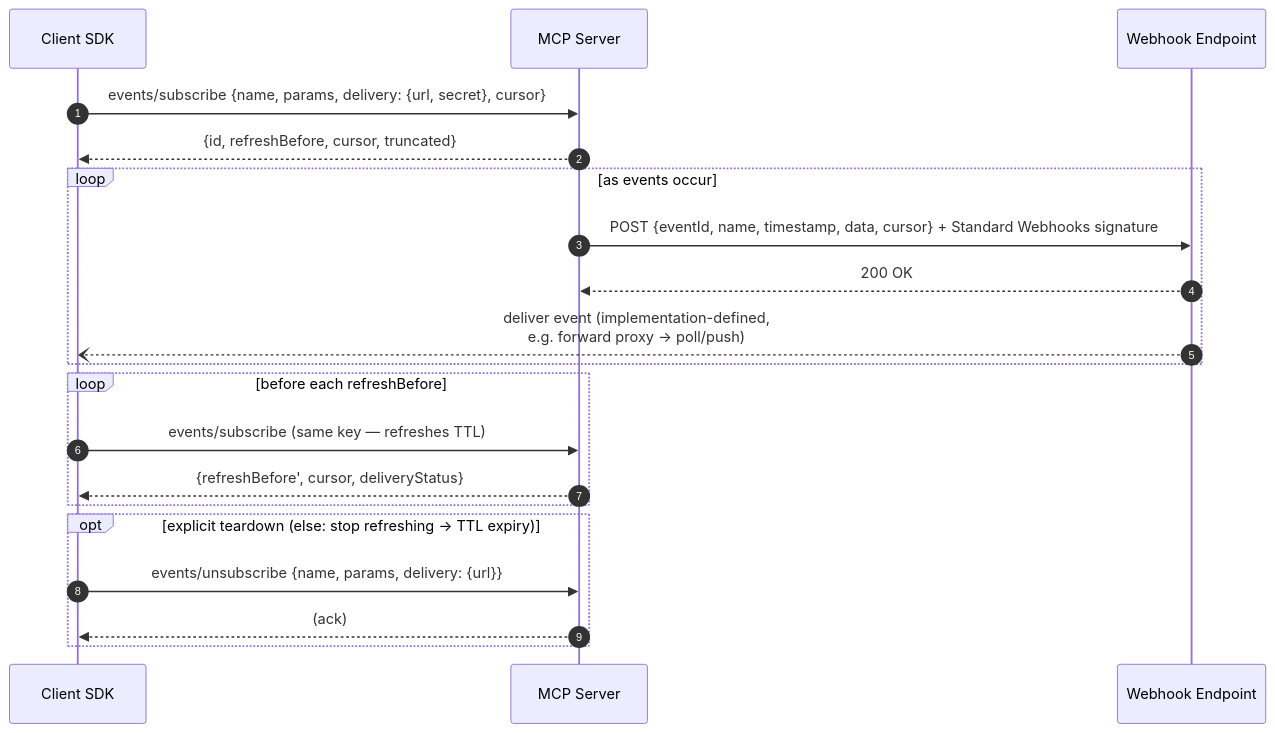
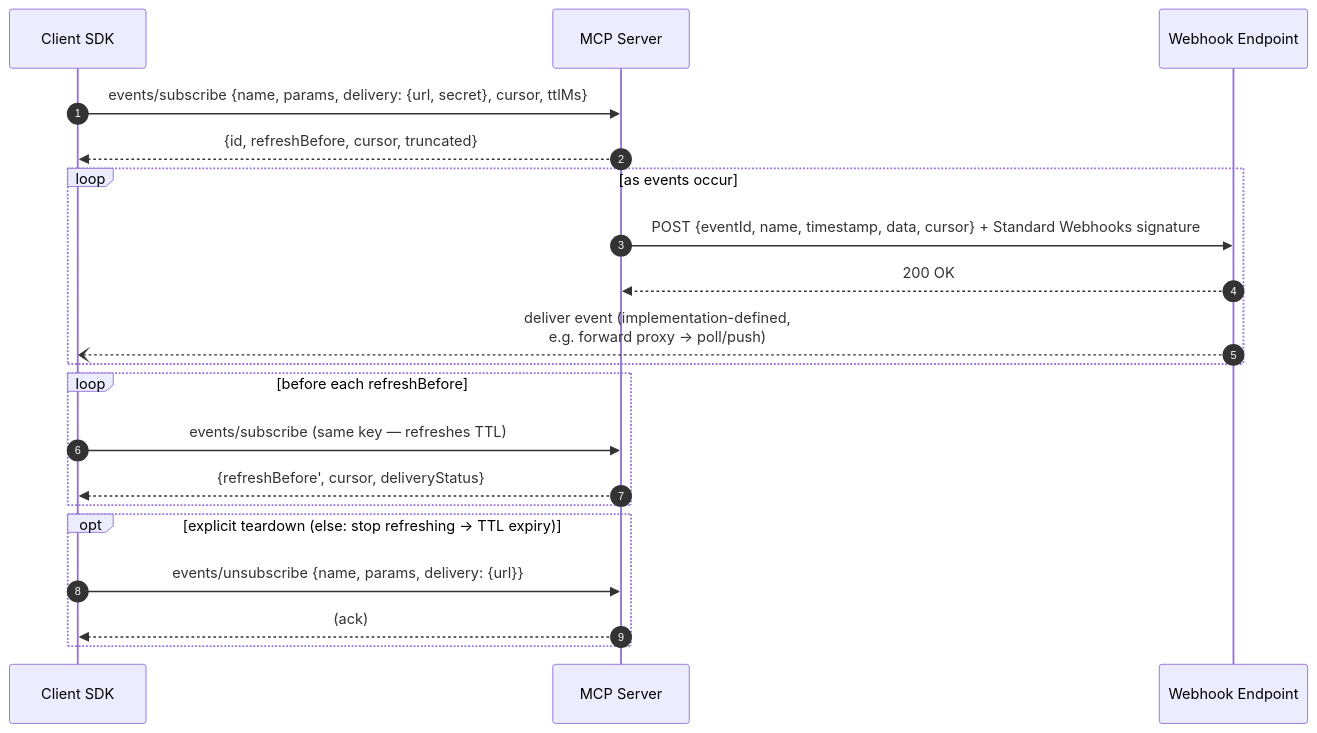
One commit to modelcontextprotocol/experimental-ext-triggers-events changed the third of 4 diagrams in docs/design-sketch-proposal.md. Above: the diagram before and after it, drawn with Mermaid. The commit also changed other lines of this file, not shown here.

First line of the commit message:
Make webhook TTL client-suggested with explicit no-expiry option

````diff
--- a/docs/design-sketch-proposal.md
+++ b/docs/design-sketch-proposal.md
@@ -291,23 +291,23 @@
 ```mermaid
 sequenceDiagram
     autonumber
     participant SDK as Client SDK
     participant Server as MCP Server
     participant Hook as Webhook Endpoint
 
-    SDK->>Server: events/subscribe {name, params, delivery: {url, secret}, cursor}
+    SDK->>Server: events/subscribe {name, params, delivery: {url, secret}, cursor, ttlMs}
     Server-->>SDK: {id, refreshBefore, cursor, truncated}
     loop as events occur
         Server->>Hook: POST {eventId, name, timestamp, data, cursor} + Standard Webhooks signature
         Hook-->>Server: 200 OK
         Hook--)SDK: deliver event (implementation-defined,<br/>e.g. forward proxy → poll/push)
     end
     loop before each refreshBefore
         SDK->>Server: events/subscribe (same key — refreshes TTL)
         Server-->>SDK: {refreshBefore', cursor, deliveryStatus}
     end
     opt explicit teardown (else: stop refreshing → TTL expiry)
         SDK->>Server: events/unsubscribe {name, params, delivery: {url}}
         Server-->>SDK: (ack)
     end
 ```
````
